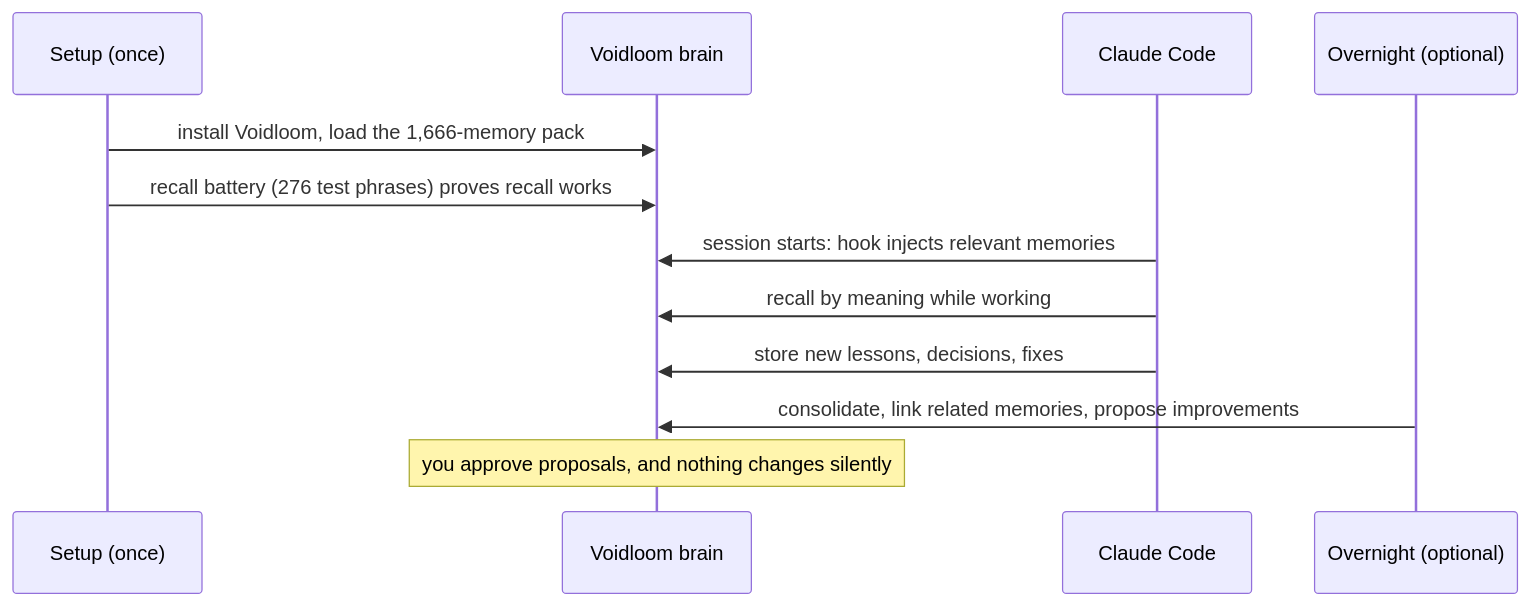
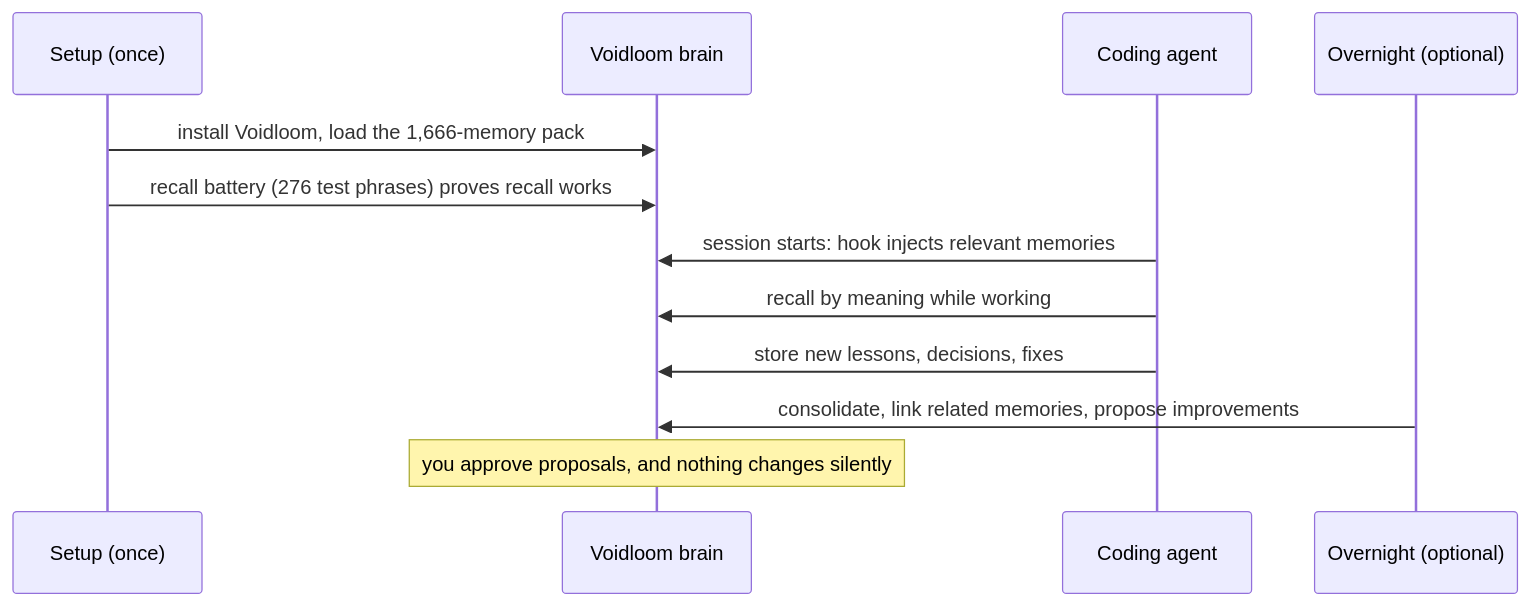
Before and after one commit to void-wright/webdev-workbench: the third of 3 diagrams in README.md, drawn with Mermaid. The commit also changed other lines of this file and 4 other files, not shown here.

First line of the commit message:
Name the tool generically: any AI coding agent, not only Claude Code

````diff
--- a/README.md
+++ b/README.md
@@ -132,14 +133,14 @@
 ```mermaid
 sequenceDiagram
     participant S as Setup (once)
     participant B as Voidloom brain
-    participant C as Claude Code
+    participant C as Coding agent
     participant N as Overnight (optional)
     S->>B: install Voidloom, load the 1,666-memory pack
     S->>B: recall battery (276 test phrases) proves recall works
     C->>B: session starts: hook injects relevant memories
     C->>B: recall by meaning while working
     C->>B: store new lessons, decisions, fixes
     N->>B: consolidate, link related memories, propose improvements
     Note over B: you approve proposals, and nothing changes silently
 ```
````
